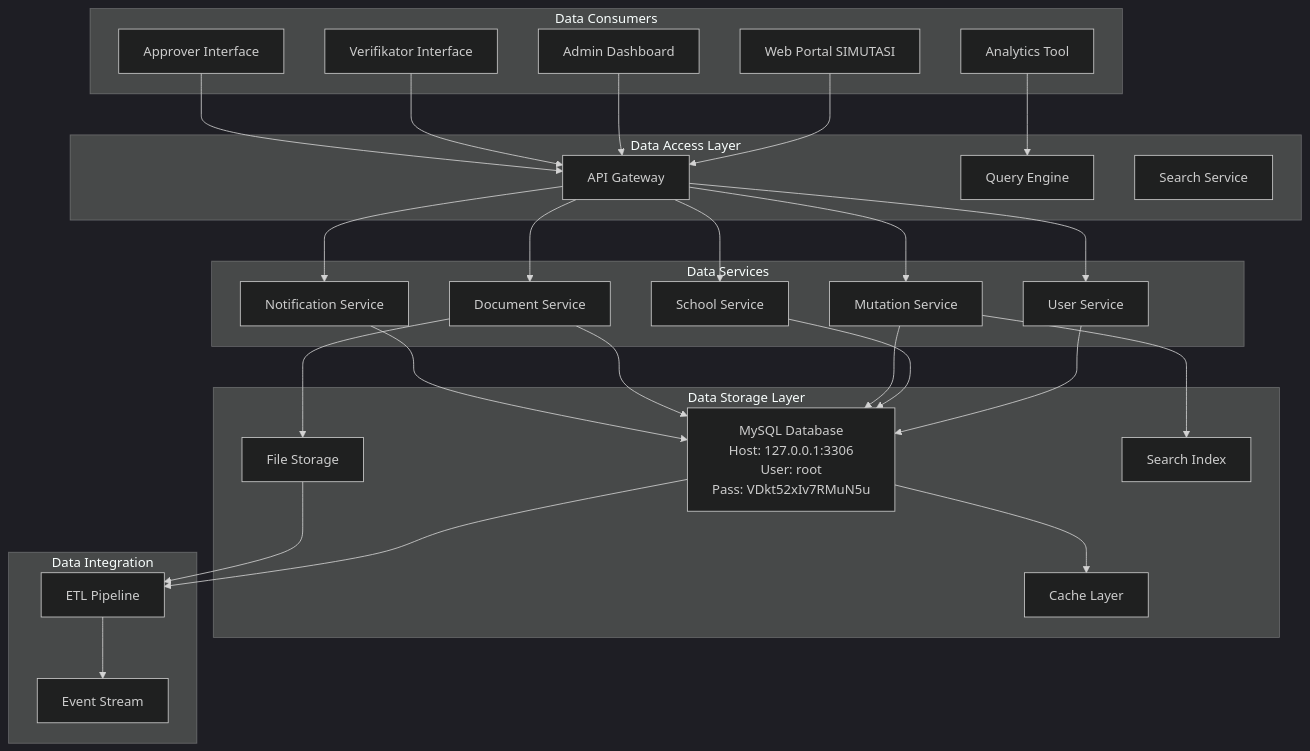
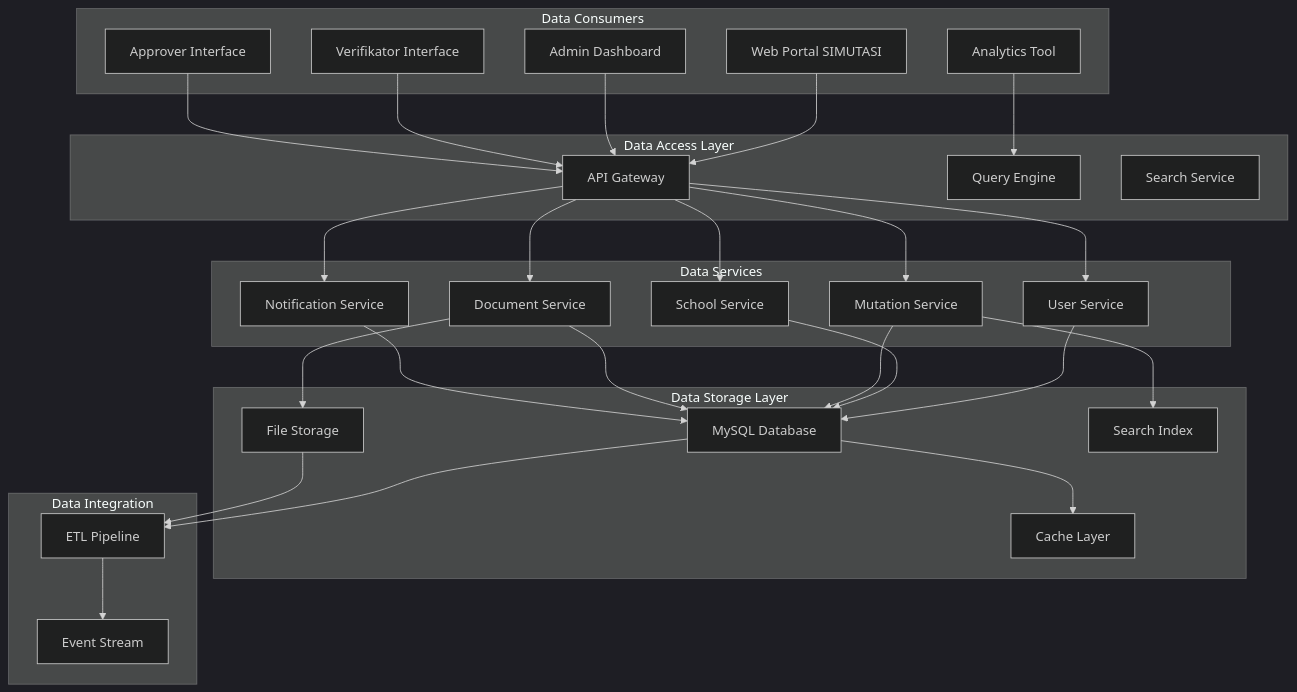
One commit to alibungker/superapp changed the fourth of 6 diagrams in simutasi/simutasi_Data_Architecture_Document(DAD).md. Above: the diagram before and after it, drawn with Mermaid (dark theme). The commit also changed other lines of this file, not shown here.

````diff
--- a/simutasi/simutasi_Data_Architecture_Document(DAD).md
+++ b/simutasi/simutasi_Data_Architecture_Document(DAD).md
@@ -470,58 +470,58 @@
 ```mermaid
 graph TB
     subgraph "Data Consumers"
         A[Web Portal SIMUTASI]
         B[Admin Dashboard]
         C[Verifikator Interface]
         D[Approver Interface]
         E[Analytics Tool]
     end
     
     subgraph "Data Access Layer"
         F[API Gateway]
         G[Query Engine]
         H[Search Service]
     end
     
     subgraph "Data Services"
         I[User Service]
         J[School Service]
         K[Mutation Service]
         L[Document Service]
         M[Notification Service]
     end
     
     subgraph "Data Storage Layer"
-        N[MySQL Database<br/>Host: 127.0.0.1:3306<br/>User: root<br/>Pass: VDkt52xIv7RMuN5u]
+        N[MySQL Database]
         O[File Storage]
         P[Cache Layer]
         Q[Search Index]
     end
     
     subgraph "Data Integration"
         R[ETL Pipeline]
         S[Event Stream]
     end
     
     A --> F
     B --> F
     C --> F
     D --> F
     E --> G
     F --> I
     F --> J
     F --> K
     F --> L
     F --> M
     I --> N
     J --> N
     K --> N
     L --> N
     M --> N
     N --> P
     L --> O
     K --> Q
     N --> R
     O --> R
     R --> S
 ```
````
